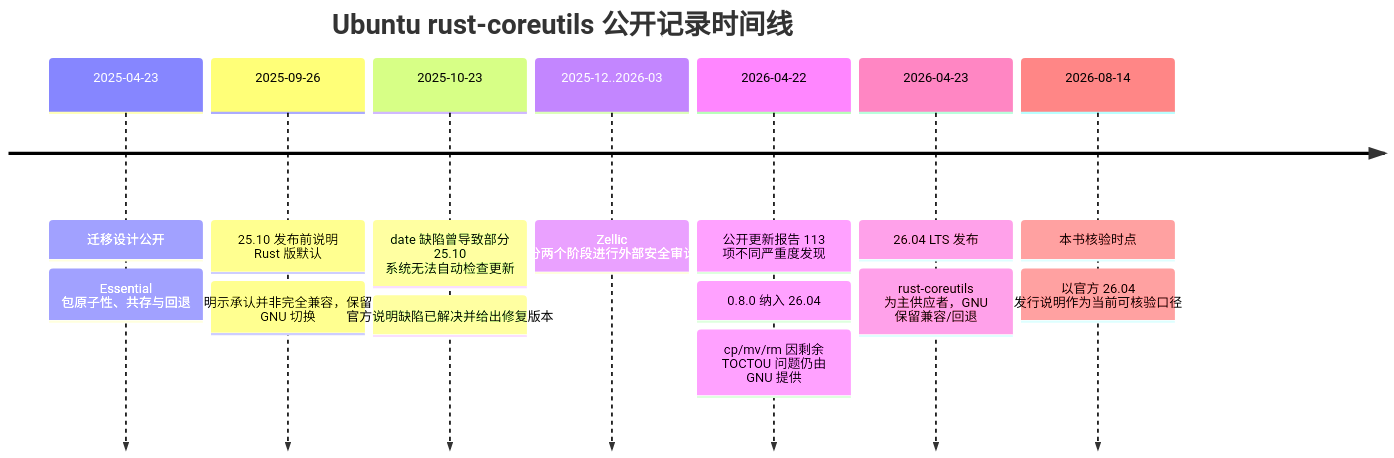
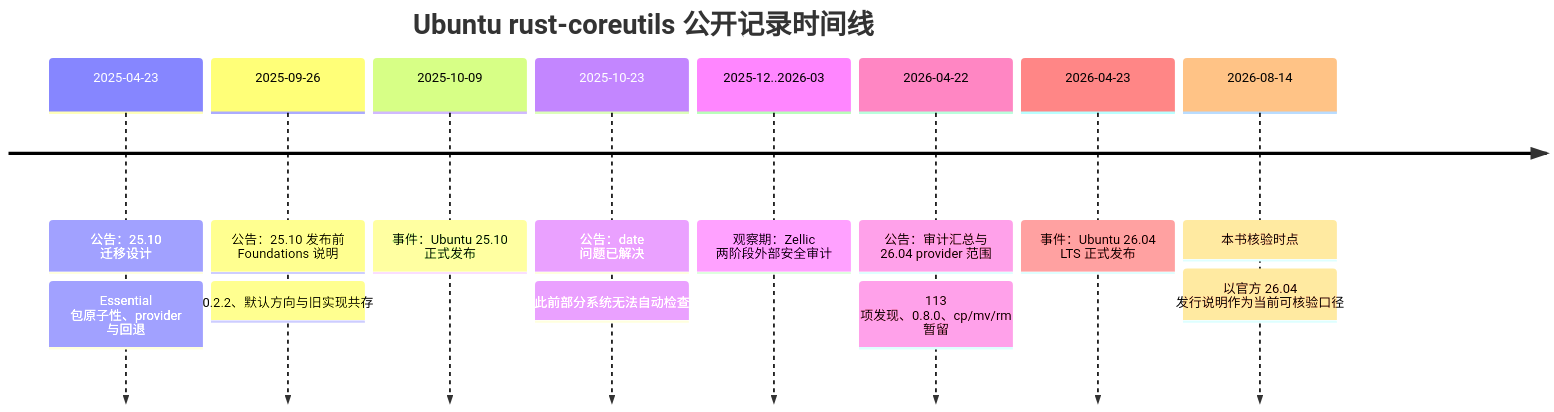
One commit to ZhangHanDong/coreutils changed the first of 3 diagrams in book/src/part5/ch15-ubuntu-boundaries.md. Above: the diagram before and after it, drawn with Mermaid. The commit also changed other lines of this file, not shown here.

Commit message:
docs: deepen Ubuntu production boundaries

````diff
--- a/book/src/part5/ch15-ubuntu-boundaries.md
+++ b/book/src/part5/ch15-ubuntu-boundaries.md
@@ -11,18 +27,17 @@
 ```mermaid
 timeline
     title Ubuntu rust-coreutils 公开记录时间线
-    2025-04-23 : 迁移设计公开
-               : Essential 包原子性、共存与回退
-    2025-09-26 : 25.10 发布前说明 Rust 版默认
-               : 明示承认并非完全兼容，保留 GNU 切换
-    2025-10-23 : date 缺陷曾导致部分 25.10 系统无法自动检查更新
-               : 官方说明缺陷已解决并给出修复版本
-    2025-12..2026-03 : Zellic 分两个阶段进行外部安全审计
-    2026-04-22 : 公开更新报告 113 项不同严重度发现
-               : 0.8.0 纳入 26.04
-               : cp/mv/rm 因剩余 TOCTOU 问题仍由 GNU 提供
-    2026-04-23 : 26.04 LTS 发布
-               : rust-coreutils 为主供应者，GNU 保留兼容/回退
+    2025-04-23 : 公告：25.10 迁移设计
+               : Essential 包原子性、provider 与回退
+    2025-09-26 : 公告：25.10 发布前 Foundations 说明
+               : 0.2.2、默认方向与旧实现共存
+    2025-10-09 : 事件：Ubuntu 25.10 正式发布
+    2025-10-23 : 公告：date 问题已解决
+               : 披露此前部分系统无法自动检查更新
+    2025-12..2026-03 : 观察期：Zellic 两阶段外部安全审计
+    2026-04-22 : 公告：审计汇总与 26.04 provider 范围
+               : 113 项发现、0.8.0、cp/mv/rm 暂留
+    2026-04-23 : 事件：Ubuntu 26.04 LTS 正式发布
     2026-08-14 : 本书核验时点
                : 以官方 26.04 发行说明作为当前可核验口径
 ```
````
